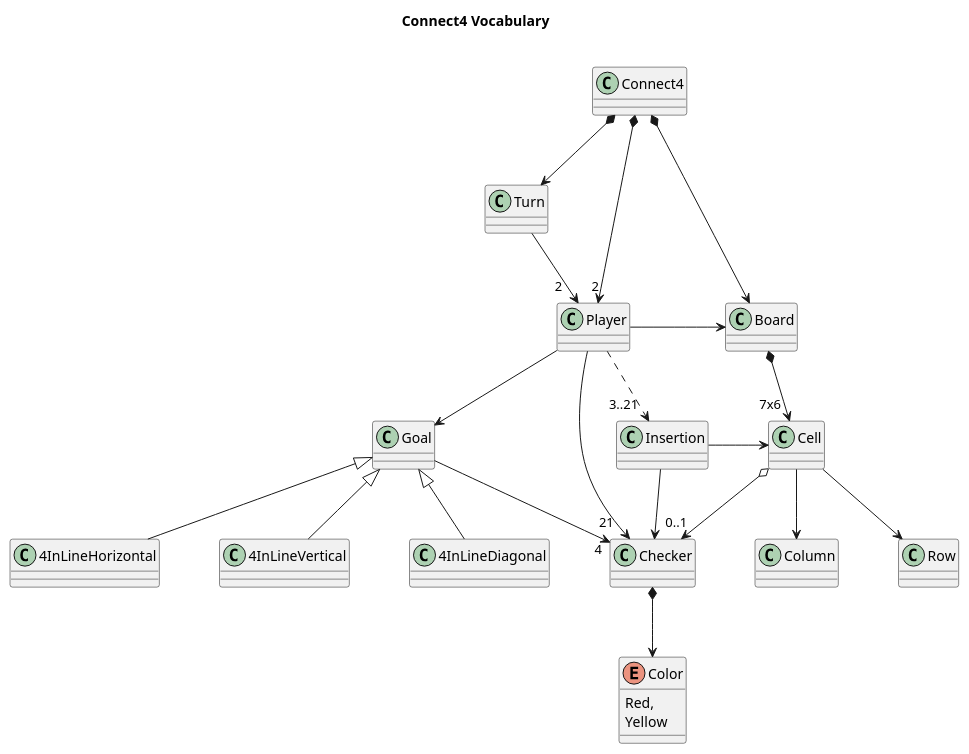
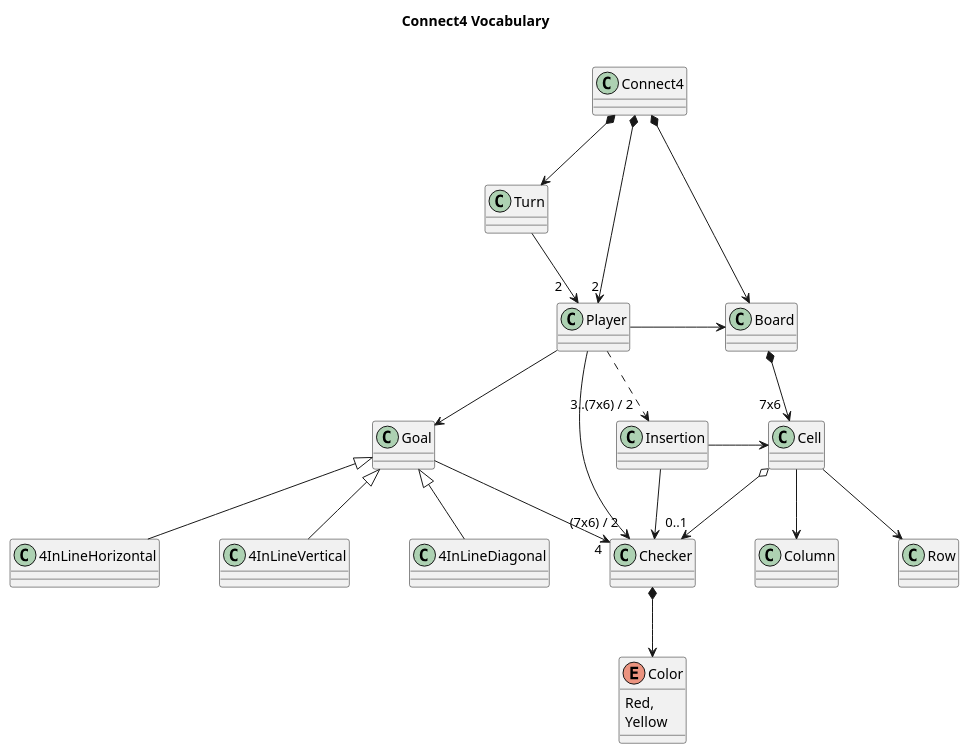
Before and after one commit to USantaTecla-ed-mpds/lab-boole: the diagram in disciplinasSoftware/game-connect4/docs/connect4--vocabulary.puml, drawn with PlantUML.

Commit message:
Connect4: Update Vocabulary

```diff
--- a/disciplinasSoftware/game-connect4/docs/connect4--vocabulary.puml
+++ b/disciplinasSoftware/game-connect4/docs/connect4--vocabulary.puml
@@ -1,50 +1,50 @@
 @startuml connect4--vocabulary
 
 skinparam nodesep 60
 skinparam ranksep 70
 
 title Connect4 Vocabulary \n
 
 class Connect4
 class Turn
 class Player
 class Board
 class Cell
 class Checker
 enum Color {
     Red,
     Yellow
 }
 class Insertion
 class Goal
 class 4InLineHorizontal
 class 4InLineVertical
 class 4InLineDiagonal
 
 Connect4 *--> Turn
 Connect4 *-d-> "2" Player
 Connect4 *--> Board
 
 Turn --> "2   " Player
-Player -d-> " 21  " Checker
+Player -d-> " (7x6) / 2" Checker
 Player --> Goal
-Player ..> "3..21 " Insertion
+Player ..> "3..(7x6) / 2 " Insertion
 Player -r-> Board
 
 Board *-d-> "7x6 " Cell
 Cell o--> "0..1" Checker
 Cell -d-> Column
 Cell --> Row
 
 Checker *--> Color
 Insertion --> Checker
 Insertion -r--> Cell
 
 Goal -r-> "4" Checker
 Goal <|-down- 4InLineHorizontal
 Goal <|-down- 4InLineVertical
 Goal <|-down- 4InLineDiagonal
 
 
 
 @enduml
```
